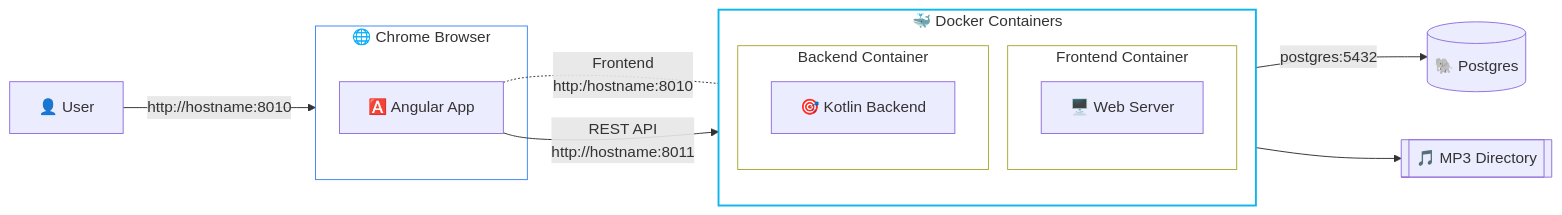
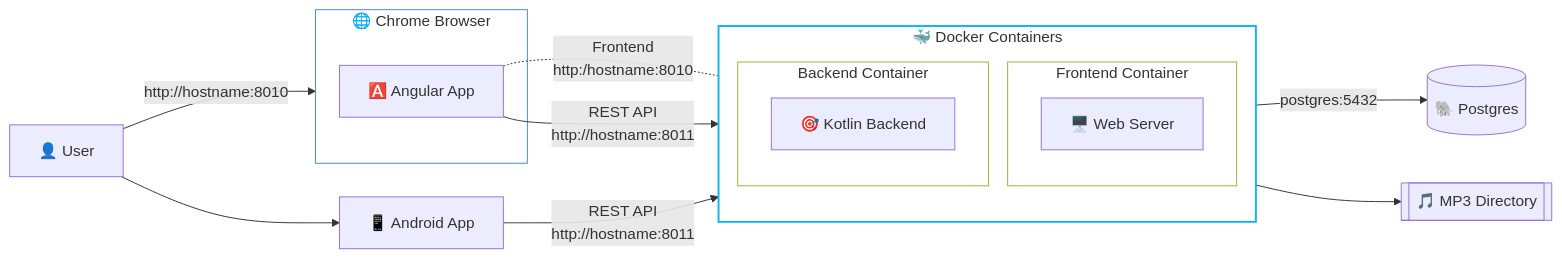
Before and after one commit to richardeigenmann/Music-Spring: the first of 2 diagrams in README.md, drawn with Mermaid. The commit also changed other lines of this file, not shown here.

````diff
--- a/README.md
+++ b/README.md
@@ -30,46 +33,52 @@
 ```mermaid
 graph LR
     %% Entity Definitions
     User["👤 User"]
+
+    Android["📱 Android App"]
     
     subgraph Browser ["🌐 Chrome Browser"]
         App["🅰️ Angular App"]
     end
 
     subgraph Docker ["🐳 Docker Containers"]
         direction TB
         subgraph FE ["Frontend Container"]
             WS["🖥️ Web Server"]
         end
         
         %% Vertical strut
         %%FE ~~~ BE
         
         subgraph BE ["Backend Container"]
             Backend["🎯 Kotlin Backend"]
         end
     end
 
     DB[("🐘 Postgres")]
     Files[["🎵 MP3 Directory"]]
 
     %% --- THE CONNECTIONS (The "Physics" Fix) ---
     
     User -->|http://hostname:8010| Browser
     
+    User --> Android
+
     %% Reverse the arrow syntax to force WS to the RIGHT of App
     App <-.-|Frontend\nhttp:/hostname:8010| WS
     
     %% Standard flow to the backend
     App -->|REST API\nhttp://hostname:8011| Backend
     
+    Android -->|REST API\nhttp://hostname:8011| Backend
+
     %% Backend data flow
     Backend -->|postgres:5432| DB
     Backend --> Files
 
     %% Styling
     style Browser fill:#fff,stroke:#4285F4
     style Docker fill:#fff,stroke:#0db7ed,stroke-width:2px
     style FE fill:#fff
     style BE fill:#fff
 ```
````
